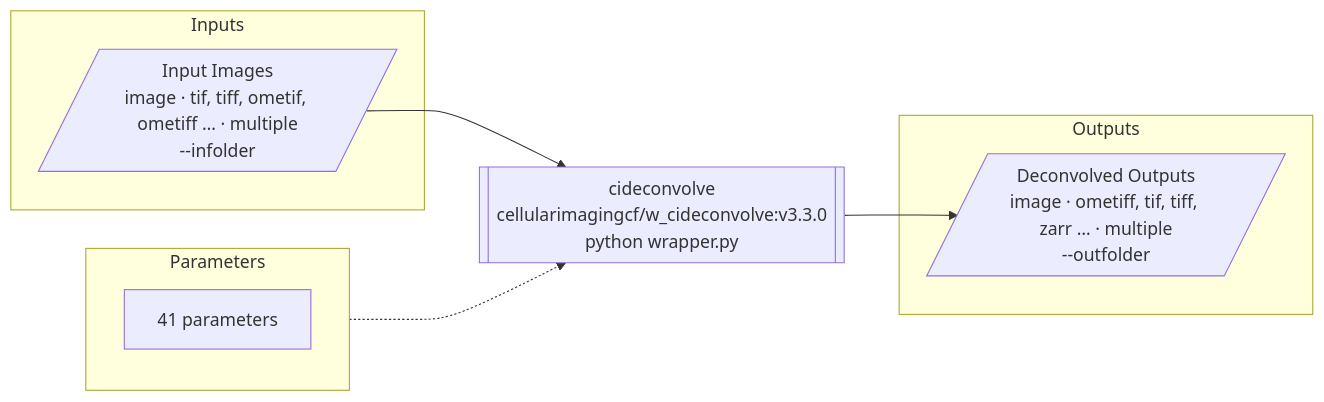
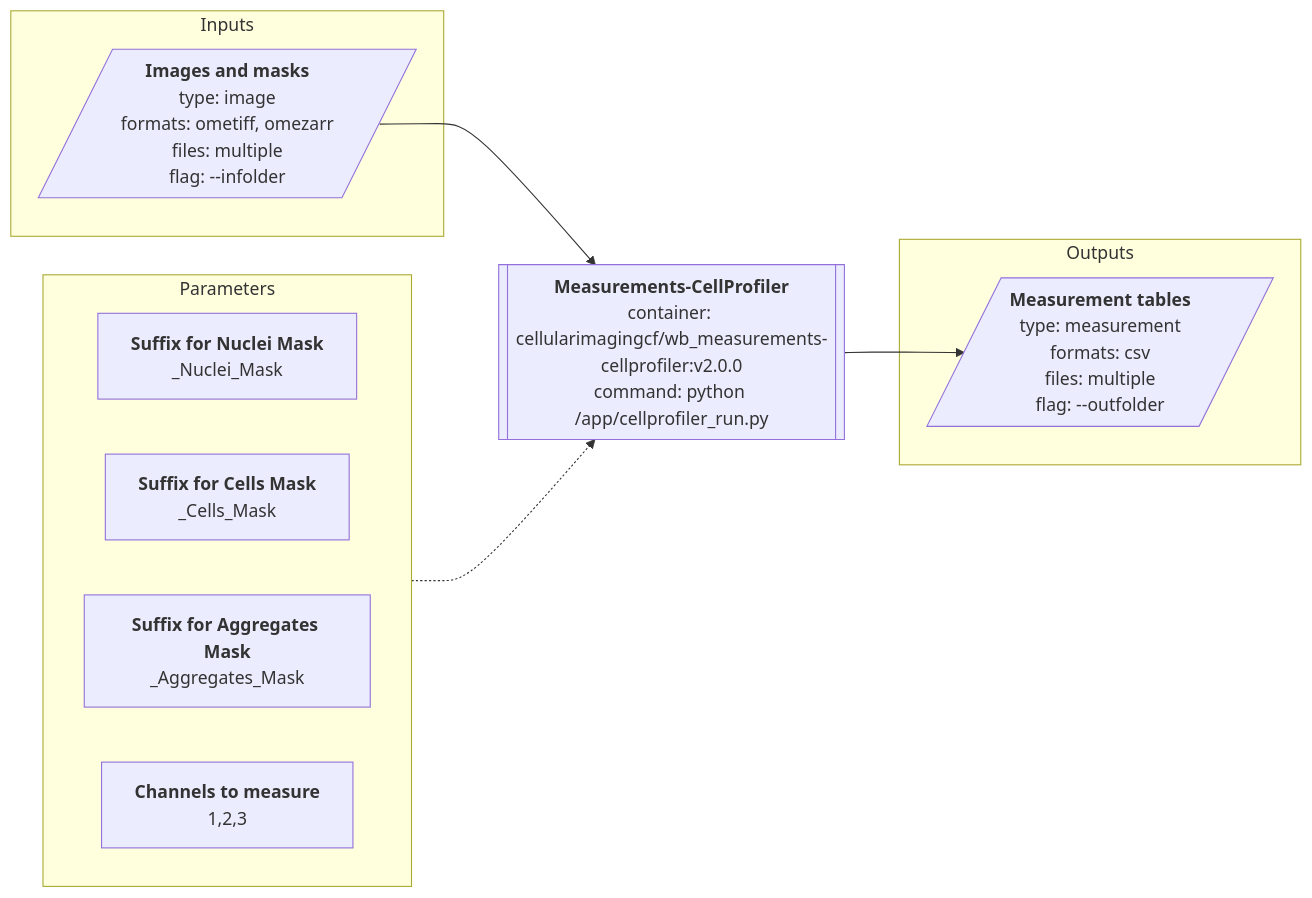
The diagram in README.md (NL-BioImaging/vis-workflow), drawn with Mermaid before and after one commit. The commit also changed other lines of this file and 12 other files, not shown here.

First line of the commit message:
Clearer diagram labels and show advanced parameters by default

````diff
--- a/README.md
+++ b/README.md
@@ -6,16 +6,20 @@
 ```mermaid
 flowchart LR
   subgraph inputs["Inputs"]
-    in_infolder[/"Input Images<br/>image · tif, tiff, ometif, ometiff … · multiple<br/>--infolder"/]
+    in_infolder[/"<b>Images and masks</b><br/>type: image<br/>formats: ometiff, omezarr<br/>files: multiple<br/>flag: --infolder"/]
   end
-  tool[["cideconvolve<br/>cellularimagingcf/w_cideconvolve:v3.3.0<br/>python wrapper.py"]]
+  tool[["<b>Measurements-CellProfiler</b><br/>container: cellularimagingcf/wb_measurements-cellprofiler:v2.0.0<br/>command: python /app/cellprofiler_run.py"]]
   subgraph parameters["Parameters"]
-    param_summary["41 parameters"]
+    direction LR
+    param_nuclei_mask_suffix["<b>Suffix for Nuclei Mask</b><br/>_Nuclei_Mask"]
+    param_cells_mask_suffix["<b>Suffix for Cells Mask</b><br/>_Cells_Mask"]
+    param_aggregates_mask_suffix["<b>Suffix for Aggregates Mask</b><br/>_Aggregates_Mask"]
+    param_metric_channels["<b>Channels to measure</b><br/>1,2,3"]
   end
   subgraph outputs["Outputs"]
-    out_output_dir[/"Deconvolved Outputs<br/>image · ometiff, tif, tiff, zarr … · multiple<br/>--outfolder"/]
+    out_outfolder[/"<b>Measurement tables</b><br/>type: measurement<br/>formats: csv<br/>files: multiple<br/>flag: --outfolder"/]
   end
   in_infolder --> tool
   parameters -.-> tool
-  tool --> out_output_dir
+  tool --> out_outfolder
 ```
````
